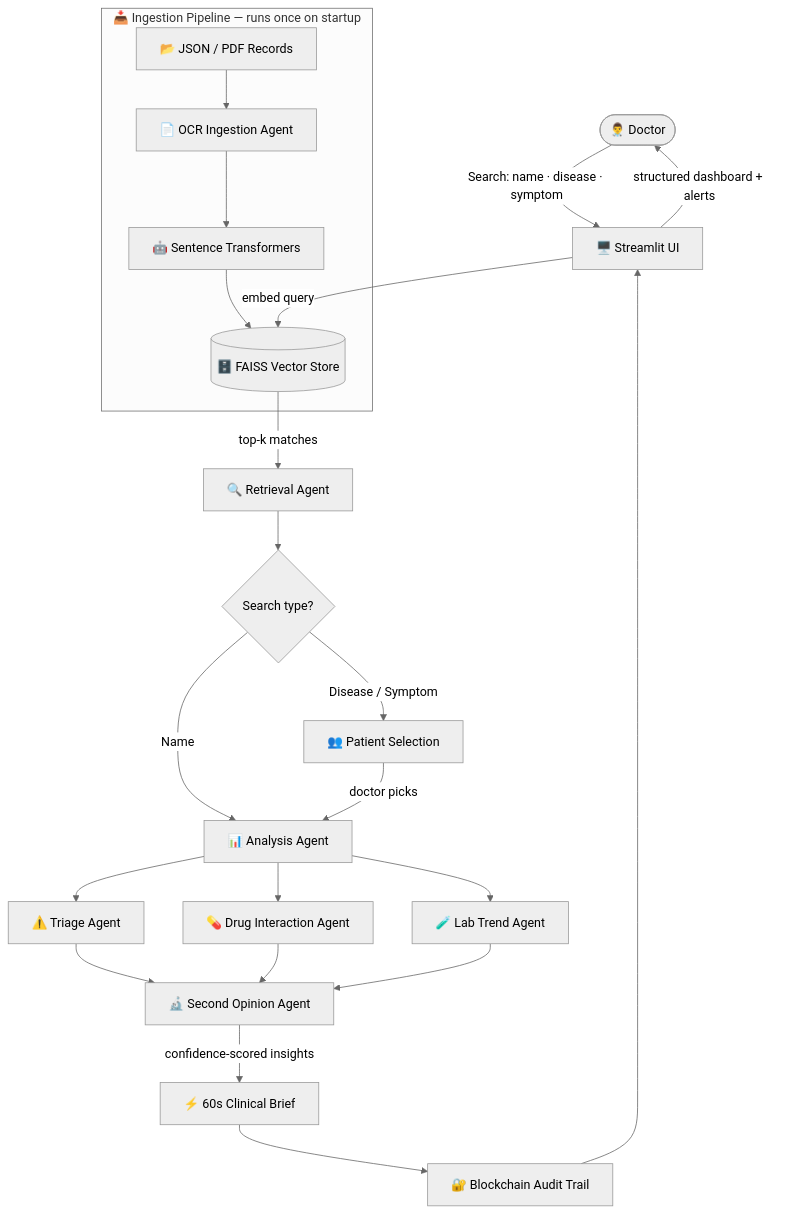
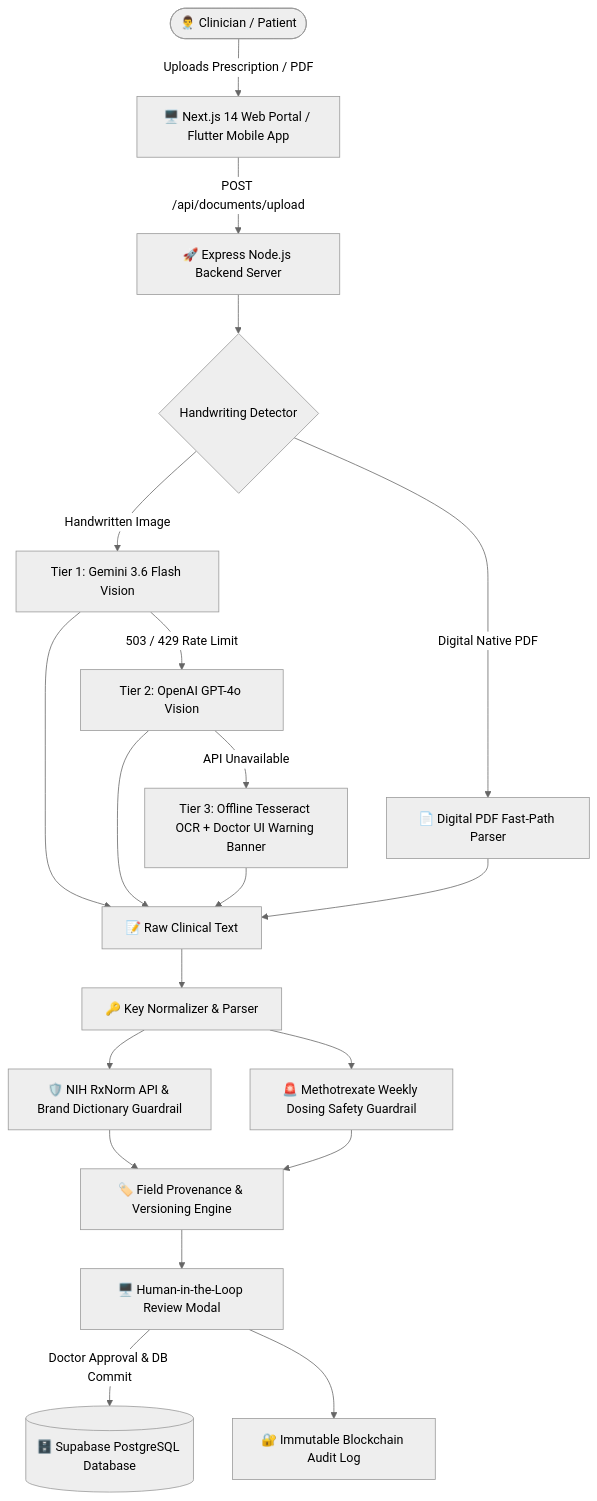
One commit to Meghs21/ClinSight-AI-Production changed the diagram in README.md. Above: the diagram before and after it, drawn with Mermaid (neutral theme). The commit also changed other lines of this file, not shown here.

Commit message:
docs: Updated README.md to accurately document Next.js 14, Express backend, Flutter app, and Python RAG pipeline

````diff
--- a/README.md
+++ b/README.md
@@ -122,31 +109,26 @@
 ```mermaid
 flowchart TD
-    Doctor([👨‍⚕️ Doctor])
-    Doctor -->|"Search: name · disease · symptom"| UI[🖥️ Streamlit UI]
-
-    subgraph Ingestion["📥 Ingestion Pipeline — runs once on startup"]
-        DS[📂 JSON / PDF Records]
-        DS --> OCR[📄 OCR Ingestion Agent]
-        OCR --> EMB[🤖 Sentence Transformers]
-        EMB --> VDB[(🗄️ FAISS Vector Store)]
-    end
-
-    UI -->|embed query| VDB
-    VDB -->|top-k matches| RET[🔍 Retrieval Agent]
-
-    RET --> BRANCH{Search type?}
-    BRANCH -->|Name| ANA[📊 Analysis Agent]
-    BRANCH -->|Disease / Symptom| SEL[👥 Patient Selection]
-    SEL -->|doctor picks| ANA
-
-    ANA --> TRI[⚠️ Triage Agent]
-    ANA --> DRUG[💊 Drug Interaction Agent]
-    ANA --> LAB[🧪 Lab Trend Agent]
-
-    TRI & DRUG & LAB --> SOP[🔬 Second Opinion Agent]
-    SOP -->|confidence-scored insights| BRIEF[⚡ 60s Clinical Brief]
-    BRIEF --> BC[🔐 Blockchain Audit Trail]
-    BC --> UI
-
-    UI -->|structured dashboard + alerts| Doctor
+    Doctor([👨‍⚕️ Clinician / Patient]) -->|Uploads Prescription / PDF| NextJS[🖥️ Next.js 14 Web Portal / Flutter Mobile App]
+    
+    NextJS -->|POST /api/documents/upload| Express[🚀 Express Node.js Backend Server]
+    
+    Express --> HD{Handwriting Detector}
+    
+    HD -->|Handwritten Image| Tier1[Tier 1: Gemini 3.6 Flash Vision]
+    Tier1 -->|503 / 429 Rate Limit| Tier2[Tier 2: OpenAI GPT-4o Vision]
+    Tier2 -->|API Unavailable| Tier3[Tier 3: Offline Tesseract OCR + Doctor UI Warning Banner]
+    
+    HD -->|Digital Native PDF| PDF[📄 Digital PDF Fast-Path Parser]
+    
+    Tier1 & Tier2 & Tier3 & PDF --> RawText[📝 Raw Clinical Text]
+    
+    RawText --> Normalizer[🔑 Key Normalizer & Parser]
+    Normalizer --> RxNorm[🛡️ NIH RxNorm API & Brand Dictionary Guardrail]
+    Normalizer --> Safety[🚨 Methotrexate Weekly Dosing Safety Guardrail]
+    
+    RxNorm & Safety --> Provenance[🏷️ Field Provenance & Versioning Engine]
+    Provenance --> UI[🖥️ Human-in-the-Loop Review Modal]
+    
+    UI -->|Doctor Approval & DB Commit| Supabase[("🗄️ Supabase PostgreSQL Database")]
+    UI --> Log[🔐 Immutable Blockchain Audit Log]
 ```
````
